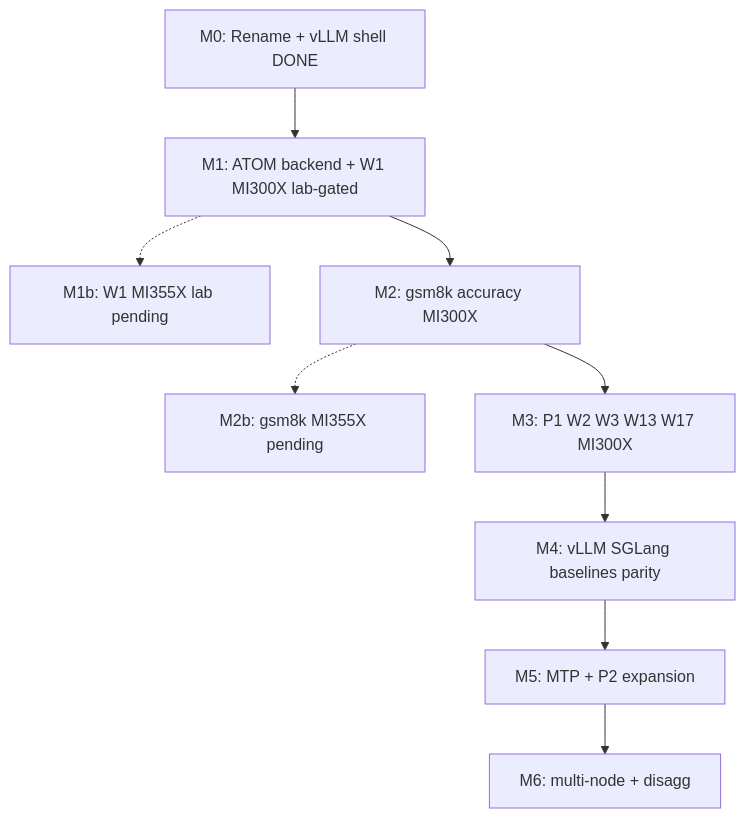
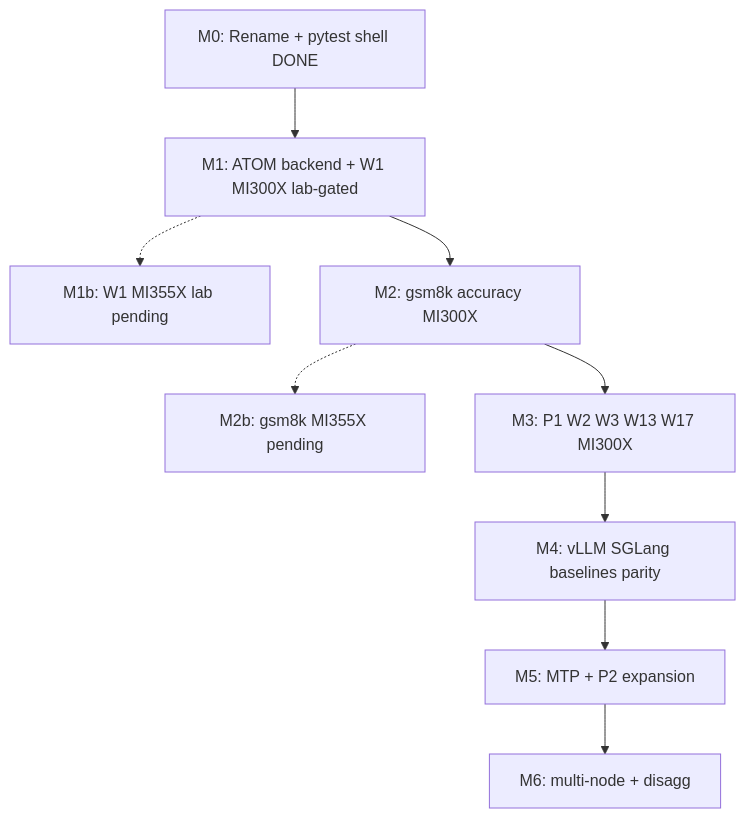
One commit to ROCm/cvs changed the sixth of 7 diagrams in plans/inferencex-atom-cvs-automation-plan.md. Above: the diagram before and after it, drawn with Mermaid. The commit also changed other lines of this file and 1 other file, not shown here.

````diff
--- a/plans/inferencex-atom-cvs-automation-plan.md
+++ b/plans/inferencex-atom-cvs-automation-plan.md
@@ -513,15 +751,15 @@
 ```mermaid
 flowchart TB
-  M0["M0: Rename + vLLM shell DONE"]
+  M0["M0: Rename + pytest shell DONE"]
   M1["M1: ATOM backend + W1 MI300X lab-gated"]
   M1P["M1b: W1 MI355X lab pending"]
   M2["M2: gsm8k accuracy MI300X"]
   M2P["M2b: gsm8k MI355X pending"]
   M3["M3: P1 W2 W3 W13 W17 MI300X"]
   M4["M4: vLLM SGLang baselines parity"]
   M5["M5: MTP + P2 expansion"]
   M6["M6: multi-node + disagg"]
   M0 --> M1 --> M2 --> M3 --> M4 --> M5 --> M6
   M1 -.-> M1P
   M2 -.-> M2P
 ```
````
